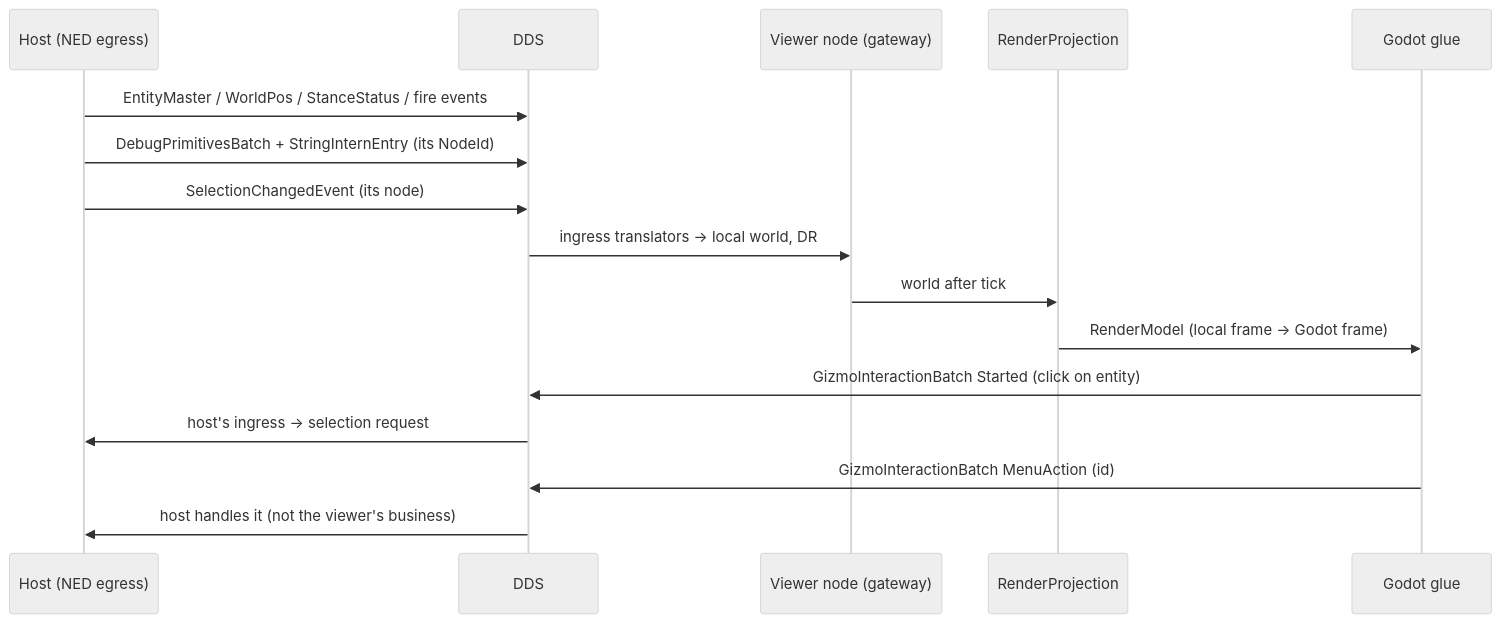
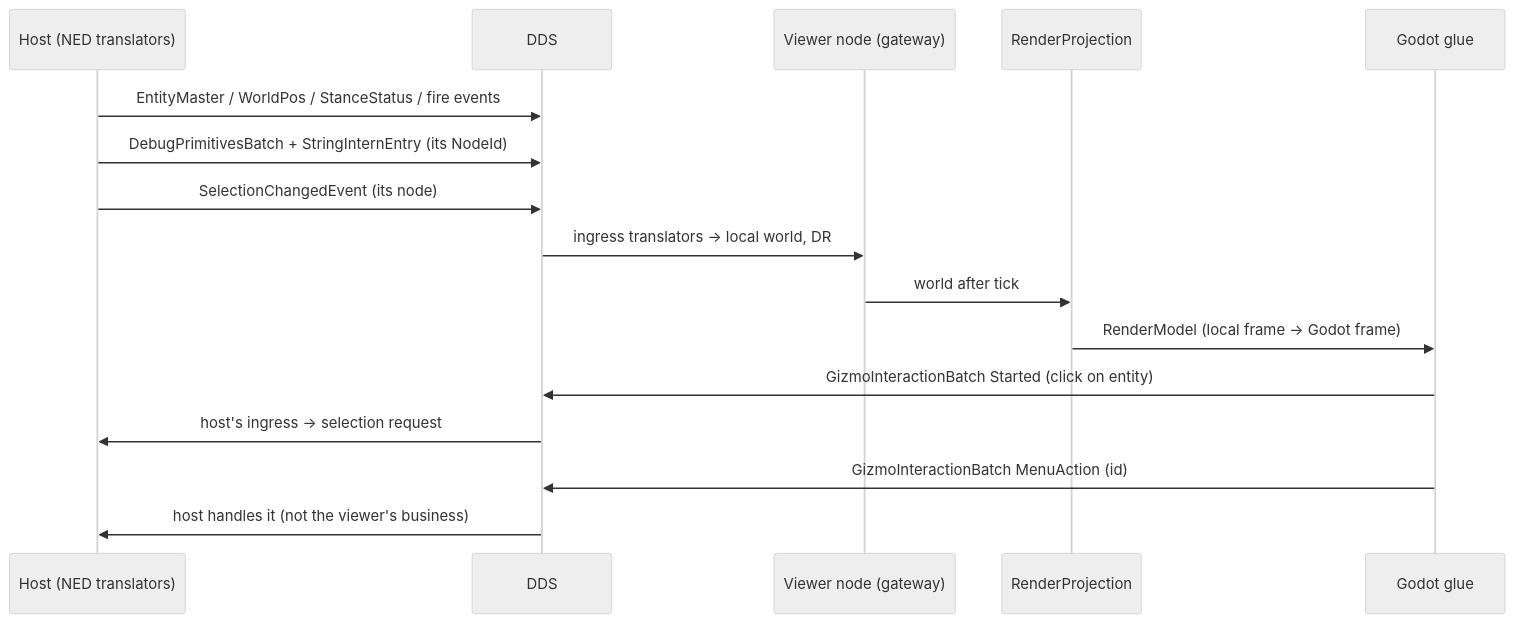
One commit to pjanec/HROT changed the third of 4 diagrams in docs/DESIGN_Godot_3D_Viewer.md. Above: the diagram before and after it, drawn with Mermaid (neutral theme). The commit also changed other lines of this file and 1 other file, not shown here.

````diff
--- a/docs/DESIGN_Godot_3D_Viewer.md
+++ b/docs/DESIGN_Godot_3D_Viewer.md
@@ -237,18 +249,18 @@
 ```mermaid
 sequenceDiagram
-  participant H as Host (NED egress)
+  participant H as Host (NED translators)
   participant D as DDS
   participant V as Viewer node (gateway)
   participant P as RenderProjection
   participant G as Godot glue
   H->>D: EntityMaster / WorldPos / StanceStatus / fire events
   H->>D: DebugPrimitivesBatch + StringInternEntry (its NodeId)
   H->>D: SelectionChangedEvent (its node)
   D->>V: ingress translators -> local world, DR
   V->>P: world after tick
   P->>G: RenderModel (local frame -> Godot frame)
   G->>D: GizmoInteractionBatch Started (click on entity)
   D->>H: host's ingress -> selection request
   G->>D: GizmoInteractionBatch MenuAction (id)
   D->>H: host handles it (not the viewer's business)
 ```
````
